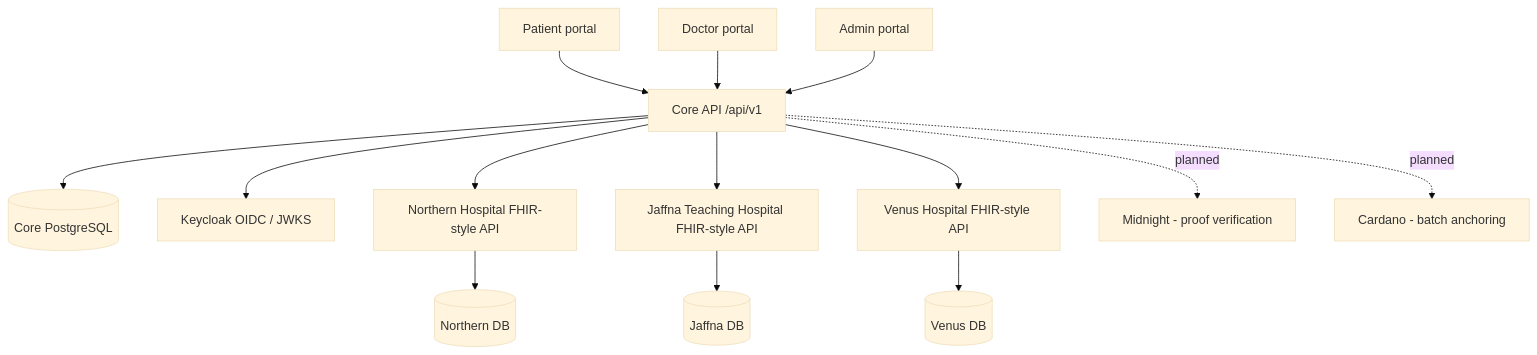
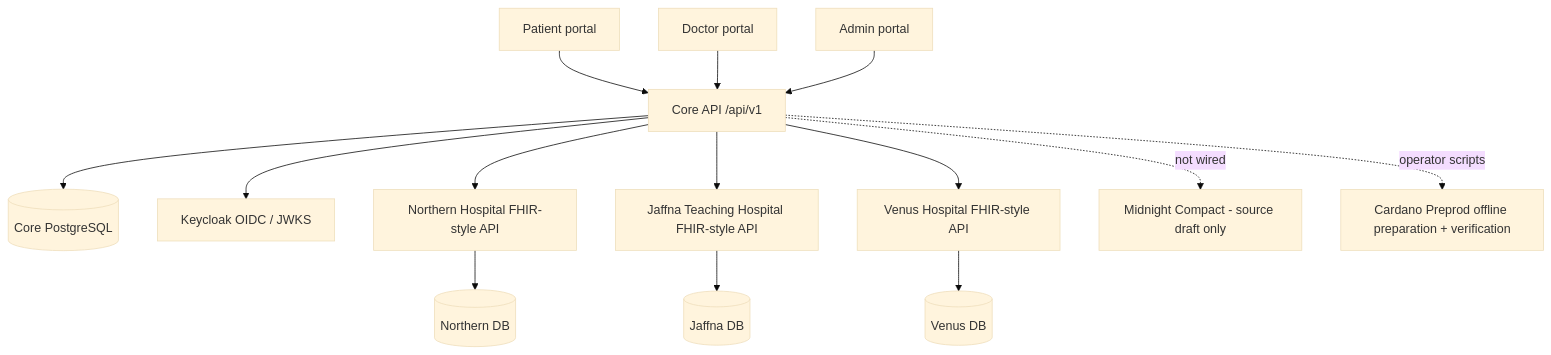
Before and after one commit to Harishpavan-dev/LankaHealthChain: the diagram in README.md, drawn with Mermaid (base theme). The commit also changed other lines of this file and 101 other files, not shown here.

````diff
--- a/README.md
+++ b/README.md
@@ -15,16 +20,16 @@
 ```mermaid
 flowchart TB
   P[Patient portal] --> API[Core API /api/v1]
   D[Doctor portal] --> API
   A[Admin portal] --> API
   API --> CORE[(Core PostgreSQL)]
   API --> AUTH[Keycloak OIDC / JWKS]
   API --> N[Northern Hospital FHIR-style API]
   API --> J[Jaffna Teaching Hospital FHIR-style API]
   API --> V[Venus Hospital FHIR-style API]
   N --> NDB[(Northern DB)]
   J --> JDB[(Jaffna DB)]
   V --> VDB[(Venus DB)]
-  API -.planned-.-> MID[Midnight - proof verification]
-  API -.planned-.-> CAR[Cardano - batch anchoring]
+  API -.not wired-.-> MID[Midnight Compact - source draft only]
+  API -.operator scripts-.-> CAR[Cardano Preprod offline preparation + verification]
 ```
````
